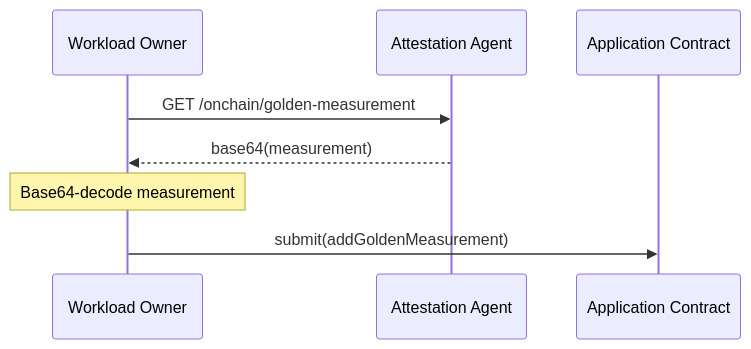
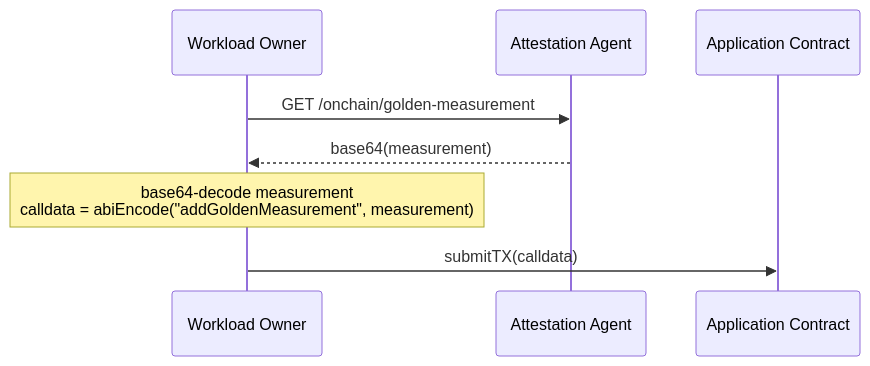
One commit to nuconstruct-ltd/automata-linux changed the first of 4 diagrams in docs/onchain-workflows.md. Above: the diagram before and after it, drawn with Mermaid. The commit also changed other lines of this file and 1 other file, not shown here.

````diff
--- a/docs/onchain-workflows.md
+++ b/docs/onchain-workflows.md
@@ -7,11 +7,11 @@
 ```mermaid
 sequenceDiagram
     participant WO as Workload Owner
     participant AA as Attestation Agent
     participant AC as Application Contract
 
     WO->>AA: GET /onchain/golden-measurement
     AA-->>WO: base64(measurement)
-    note over WO: Base64-decode measurement
-    WO->>AC: submit(addGoldenMeasurement)
+    note over WO: base64-decode measurement <br/> calldata = abiEncode("addGoldenMeasurement", measurement)
+    WO->>AC: submitTX(calldata)
 ```
````
